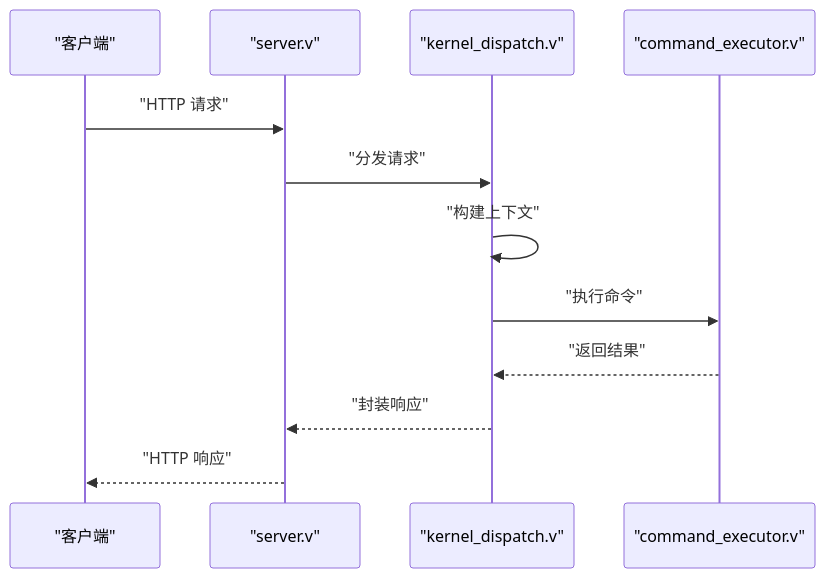
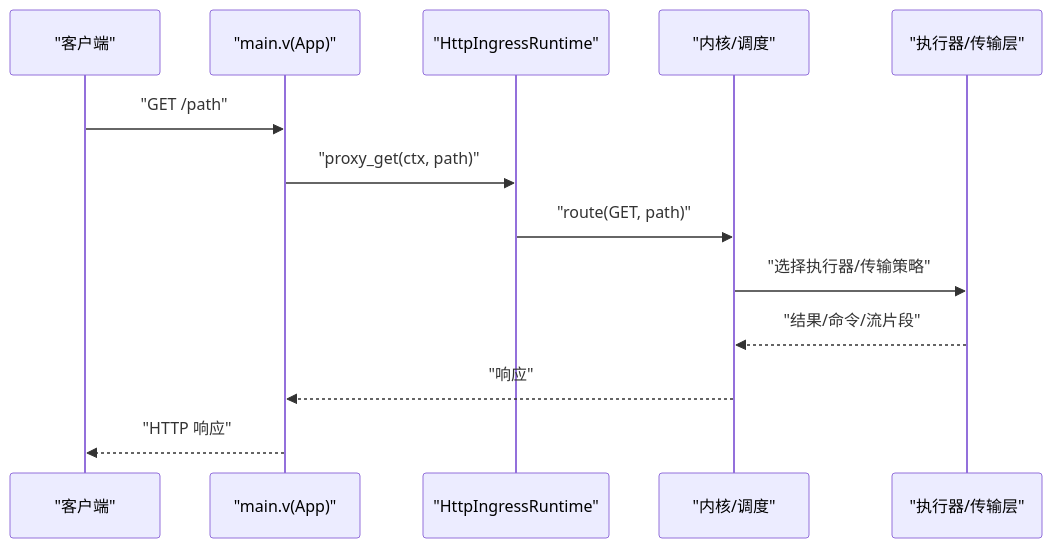
Before and after one commit to guweigang/vhttpd: the third of 4 diagrams in .qoder/repowiki/zh/content/开发指南/开发指南.md, drawn with Mermaid. The commit also changed other lines of this file and 697 other files, not shown here.

````diff
--- a/.qoder/repowiki/zh/content/开发指南/开发指南.md
+++ b/.qoder/repowiki/zh/content/开发指南/开发指南.md
@@ -200,14 +117,15 @@
 ```mermaid
 sequenceDiagram
-participant Client as "客户端"
-participant Server as "server.v"
-participant Kernel as "kernel_dispatch.v"
-participant Exec as "command_executor.v"
-Client->>Server : "HTTP 请求"
-Server->>Kernel : "分发请求"
-Kernel->>Kernel : "构建上下文"
-Kernel->>Exec : "执行命令"
-Exec-->>Kernel : "返回结果"
-Kernel-->>Server : "封装响应"
-Server-->>Client : "HTTP 响应"
+participant C as "客户端"
+participant M as "main.v(App)"
+participant R as "HttpIngressRuntime"
+participant K as "内核/调度"
+participant X as "执行器/传输层"
+C->>M : "GET /path"
+M->>R : "proxy_get(ctx, path)"
+R->>K : "route(GET, path)"
+K->>X : "选择执行器/传输策略"
+X-->>K : "结果/命令/流片段"
+K-->>M : "响应"
+M-->>C : "HTTP 响应"
 ```
````
